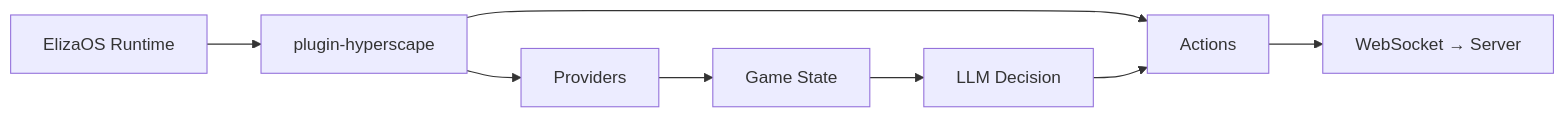
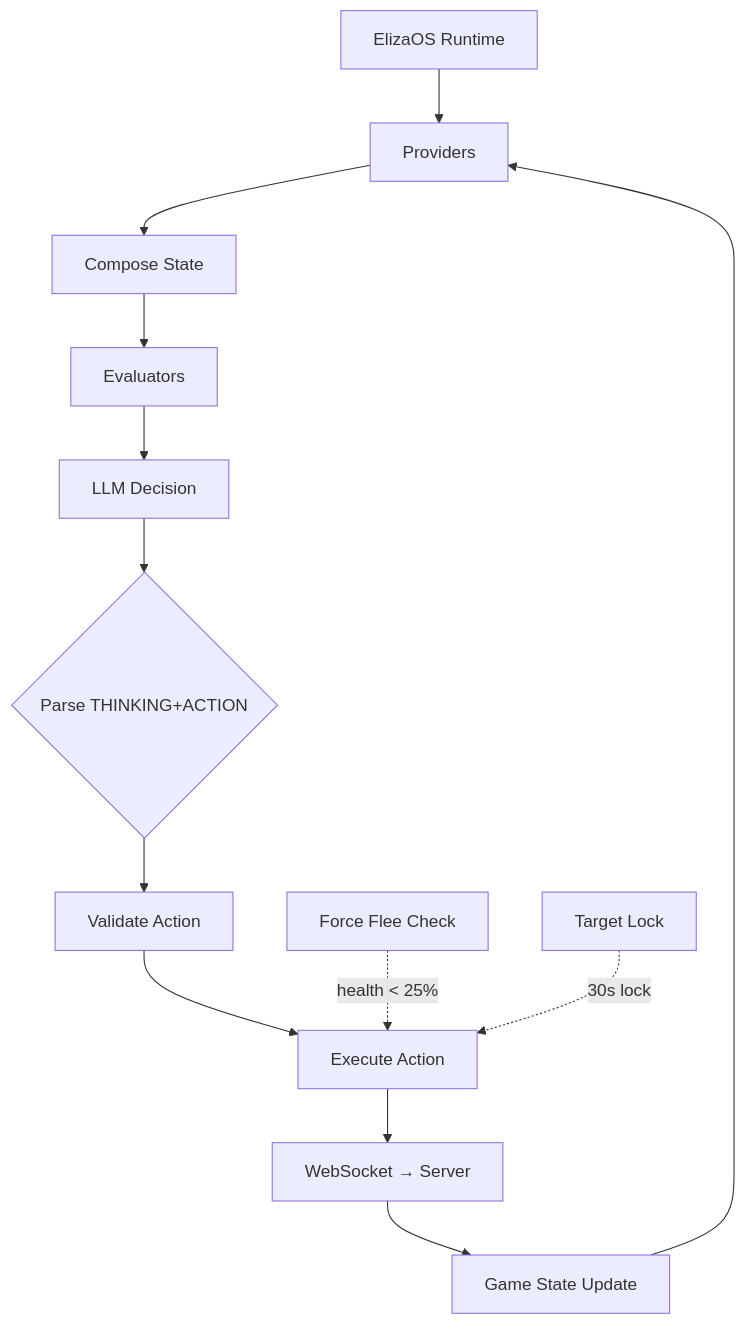
One commit to HyperscapeAI/docs changed the diagram in wiki/ai-agents/overview.mdx. Above: the diagram before and after it, drawn with Mermaid. The commit also changed other lines of this file, not shown here.

````diff
--- a/wiki/ai-agents/overview.mdx
+++ b/wiki/ai-agents/overview.mdx
@@ -499,10 +499,16 @@
 ```mermaid
-flowchart LR
-    A[ElizaOS Runtime] --> B[plugin-hyperscape]
-    B --> C[Providers]
-    B --> D[Actions]
-    C --> E[Game State]
-    D --> F[WebSocket → Server]
-    E --> G[LLM Decision]
-    G --> D
+flowchart TB
+    A[ElizaOS Runtime] --> B[Providers]
+    B --> C[Compose State]
+    C --> D[Evaluators]
+    D --> E[LLM Decision]
+    E --> F{Parse THINKING+ACTION}
+    F --> G[Validate Action]
+    G --> H[Execute Action]
+    H --> I[WebSocket → Server]
+    I --> J[Game State Update]
+    J --> B
+    
+    K[Force Flee Check] -.->|health < 25%| H
+    L[Target Lock] -.->|30s lock| H
 ```
````
